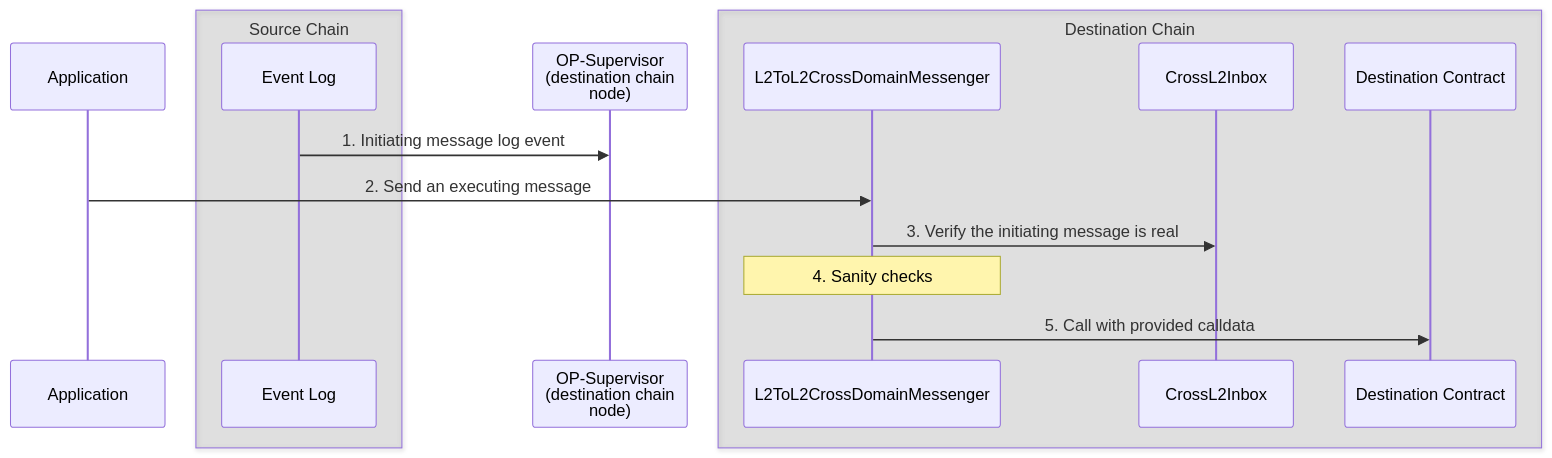
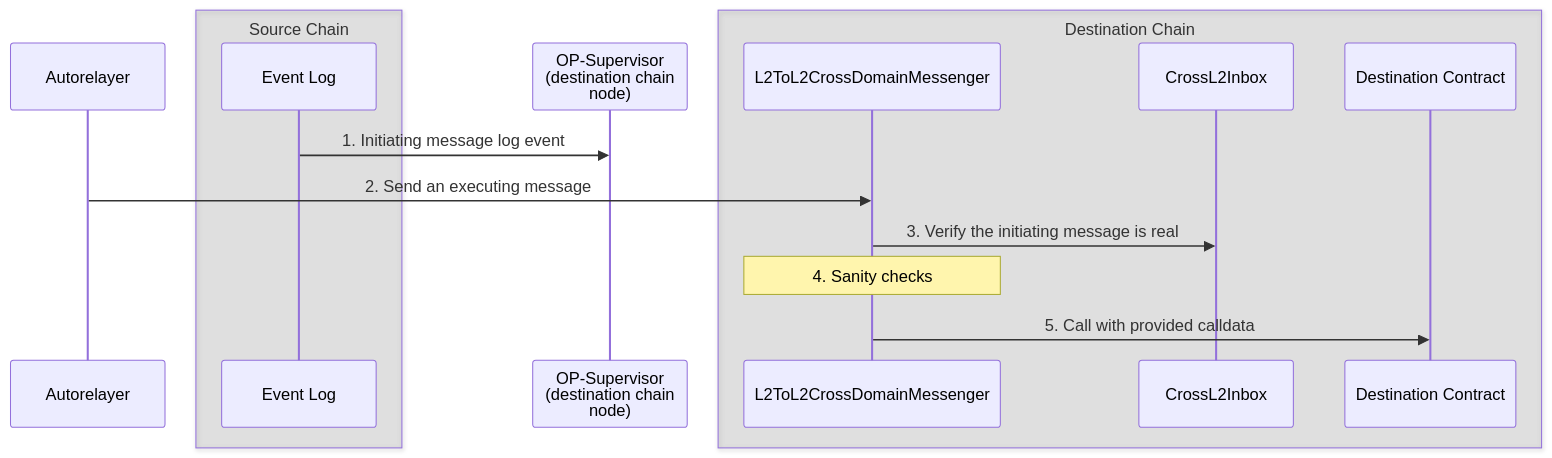
The second of 2 diagrams in pages/stack/interop/message-passing.mdx (ethereum-optimism/docs), drawn with Mermaid before and after one commit. The commit also changed other lines of this file and 3 other files, not shown here.

````diff
--- a/pages/stack/interop/message-passing.mdx
+++ b/pages/stack/interop/message-passing.mdx
@@ -69,19 +69,19 @@
 ```mermaid
 
 sequenceDiagram
-    participant app as Application
+    participant app as Autorelayer
     box rgba(0,0,0,0.1) Source Chain
       participant log as Event Log
     end    
     participant super as OP-Supervisor<br/>(destination chain<br/>node)
     box rgba(0,0,0,0.1) Destination Chain
       participant dstXdom as L2ToL2CrossDomainMessenger
       participant Xinbox as CrossL2Inbox
       participant dstContract as Destination Contract
     end
     log->>super: 1. Initiating message log event
     app->>dstXdom: 2. Send an executing message
     dstXdom->>Xinbox: 3. Verify the initiating message is real 
     note over dstXdom: 4. Sanity checks
     dstXdom->>dstContract: 5. Call with provided calldata
 ```
````
